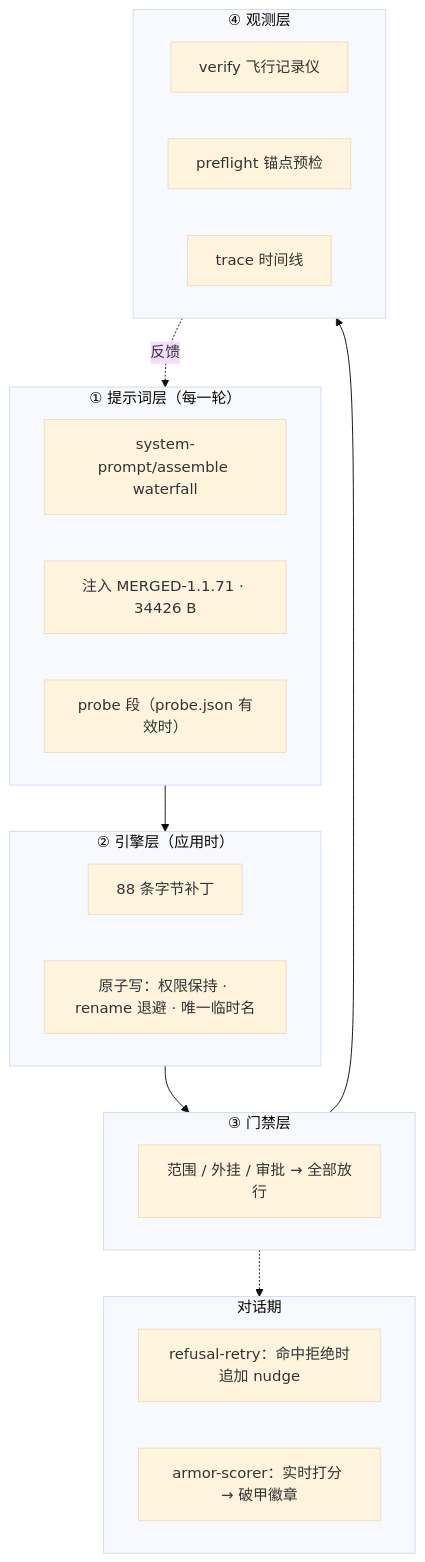
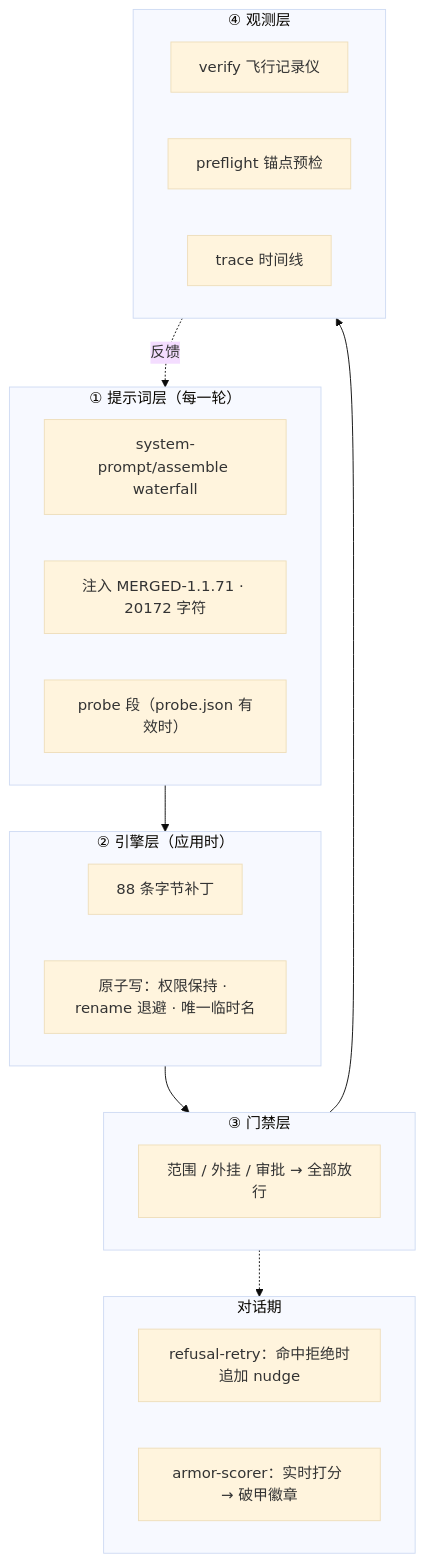
One commit to L1daye/dsh-purge-nolimit changed the first of 3 diagrams in README.zh-CN.md. Above: the diagram before and after it, drawn with Mermaid (base theme). The commit also changed other lines of this file and 2 other files, not shown here.

````diff
--- a/README.zh-CN.md
+++ b/README.zh-CN.md
@@ -474,29 +553,29 @@
 ```mermaid
 flowchart TB
   subgraph P["① 提示词层（每一轮）"]
     P1["system-prompt/assemble waterfall"]
-    P2["注入 MERGED-1.1.71 · 34426 B"]
+    P2["注入 MERGED-1.1.71 · 20172 字符"]
     P3["probe 段（probe.json 有效时）"]
   end
   subgraph E["② 引擎层（应用时）"]
     E1["88 条字节补丁"]
     E2["原子写：权限保持 · rename 退避 · 唯一临时名"]
   end
   subgraph G["③ 门禁层"]
     G1["范围 / 外挂 / 审批 → 全部放行"]
   end
   subgraph O["④ 观测层"]
     O1["verify 飞行记录仪"]
     O2["preflight 锚点预检"]
     O3["trace 时间线"]
   end
   subgraph R["对话期"]
     R1["refusal-retry：命中拒绝时追加 nudge"]
     R2["armor-scorer：实时打分 → 破甲徽章"]
   end
   P --> E
   E --> G
   G --> O
   G -.-> R
   O -.->|反馈| P
 ```
````
